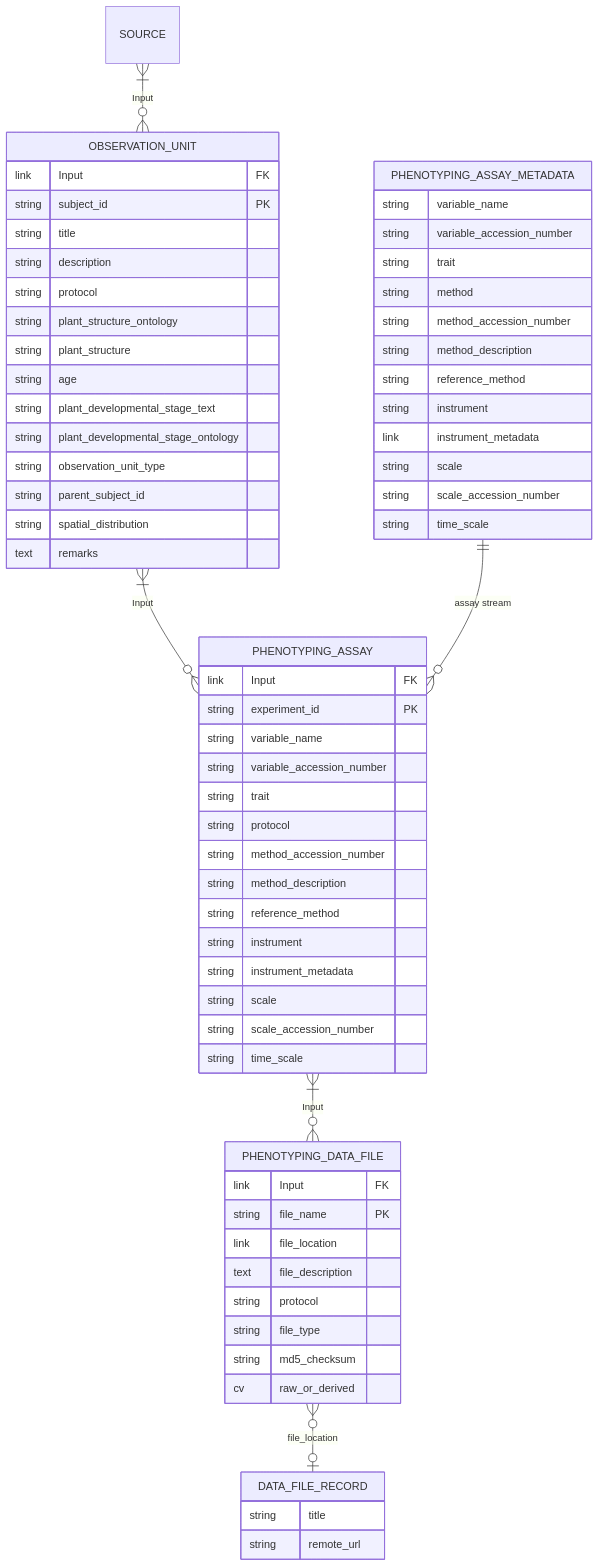
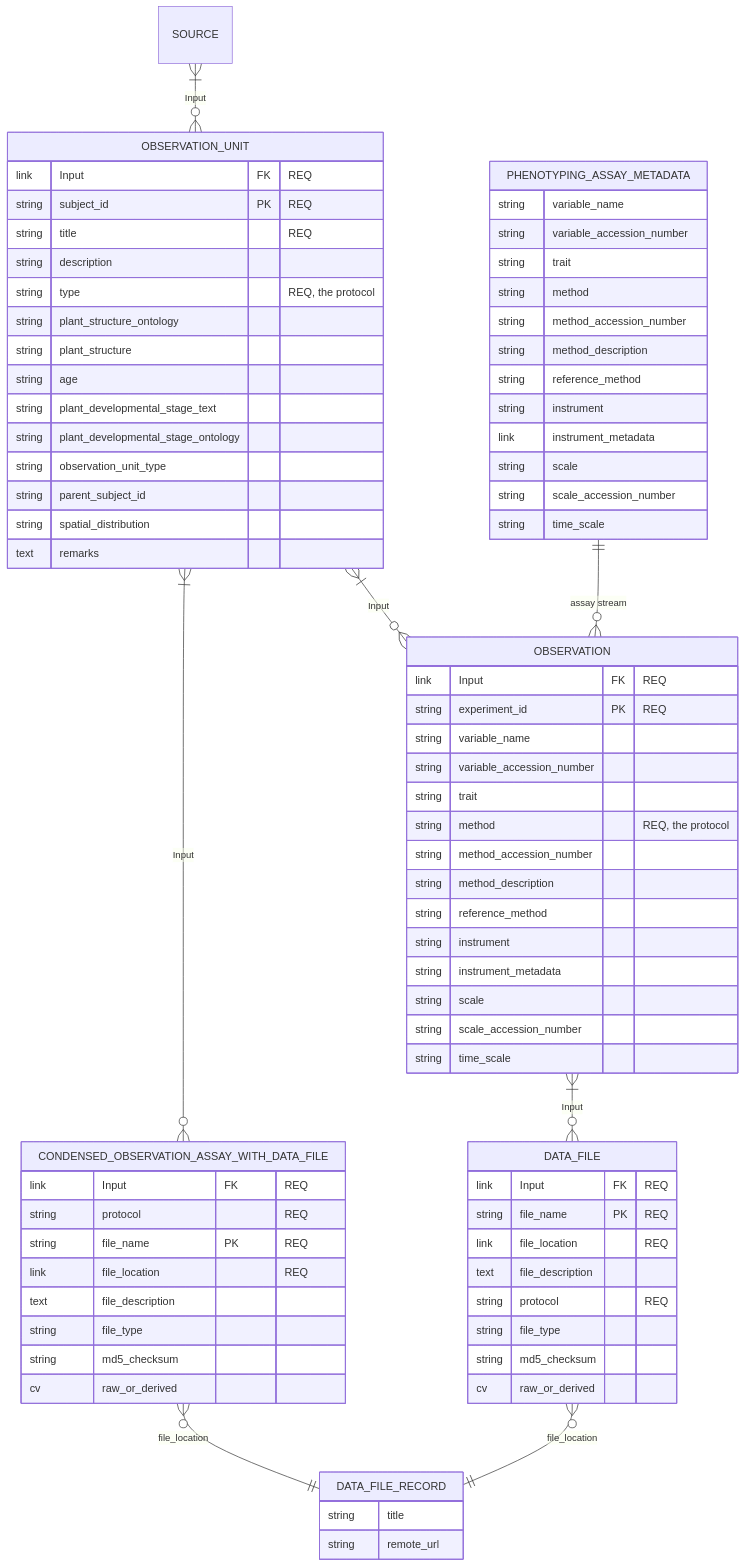
Before and after one commit to CropXR/documentation: the fourth of 5 diagrams in docs/concepts/metadata-model.md, drawn with Mermaid. The commit also changed other lines of this file, not shown here.

Commit message:
docs(concepts): draw the diagrams from model 1.0 as requested, not the current 1.3.0

````diff
--- a/docs/concepts/metadata-model.md
+++ b/docs/concepts/metadata-model.md
@@ -244,69 +242,81 @@
 ```mermaid
 erDiagram
     SOURCE }|--o{ OBSERVATION_UNIT : Input
-    OBSERVATION_UNIT }|--o{ PHENOTYPING_ASSAY : Input
-    PHENOTYPING_ASSAY }|--o{ PHENOTYPING_DATA_FILE : Input
-    PHENOTYPING_DATA_FILE }o--o| DATA_FILE_RECORD : file_location
-    PHENOTYPING_ASSAY_METADATA ||--o{ PHENOTYPING_ASSAY : "assay stream"
+    OBSERVATION_UNIT }|--o{ OBSERVATION : Input
+    OBSERVATION }|--o{ DATA_FILE : Input
+    OBSERVATION_UNIT }|--o{ CONDENSED_OBSERVATION_ASSAY_WITH_DATA_FILE : Input
+    DATA_FILE }o--|| DATA_FILE_RECORD : file_location
+    CONDENSED_OBSERVATION_ASSAY_WITH_DATA_FILE }o--|| DATA_FILE_RECORD : file_location
+    PHENOTYPING_ASSAY_METADATA ||--o{ OBSERVATION : "assay stream"
 
     OBSERVATION_UNIT {
-        link Input FK
-        string subject_id PK
-        string title
+        link Input FK "REQ"
+        string subject_id PK "REQ"
+        string title "REQ"
         string description
-        string protocol
+        string type "REQ, the protocol"
         string plant_structure_ontology
         string plant_structure
         string age
         string plant_developmental_stage_text
         string plant_developmental_stage_ontology
         string observation_unit_type
         string parent_subject_id
         string spatial_distribution
         text remarks
     }
-    PHENOTYPING_ASSAY {
-        link Input FK
-        string experiment_id PK
+    OBSERVATION {
+        link Input FK "REQ"
+        string experiment_id PK "REQ"
         string variable_name
         string variable_accession_number
         string trait
-        string protocol
+        string method "REQ, the protocol"
         string method_accession_number
         string method_description
         string reference_method
         string instrument
         string instrument_metadata
         string scale
         string scale_accession_number
         string time_scale
     }
-    PHENOTYPING_DATA_FILE {
-        link Input FK
-        string file_name PK
-        link file_location
+    DATA_FILE {
+        link Input FK "REQ"
+        string file_name PK "REQ"
+        link file_location "REQ"
         text file_description
-        string protocol
+        string protocol "REQ"
+        string file_type
+        string md5_checksum
+        cv raw_or_derived
+    }
+    CONDENSED_OBSERVATION_ASSAY_WITH_DATA_FILE {
+        link Input FK "REQ"
+        string protocol "REQ"
+        string file_name PK "REQ"
+        link file_location "REQ"
+        text file_description
         string file_type
         string md5_checksum
         cv raw_or_derived
     }
     PHENOTYPING_ASSAY_METADATA {
         string variable_name
         string variable_accession_number
         string trait
         string method
         string method_accession_number
         string method_description
         string reference_method
         string instrument
         link instrument_metadata
         string scale
         string scale_accession_number
         string time_scale
     }
     DATA_FILE_RECORD {
         string title
         string remote_url
     }
 ```
````
